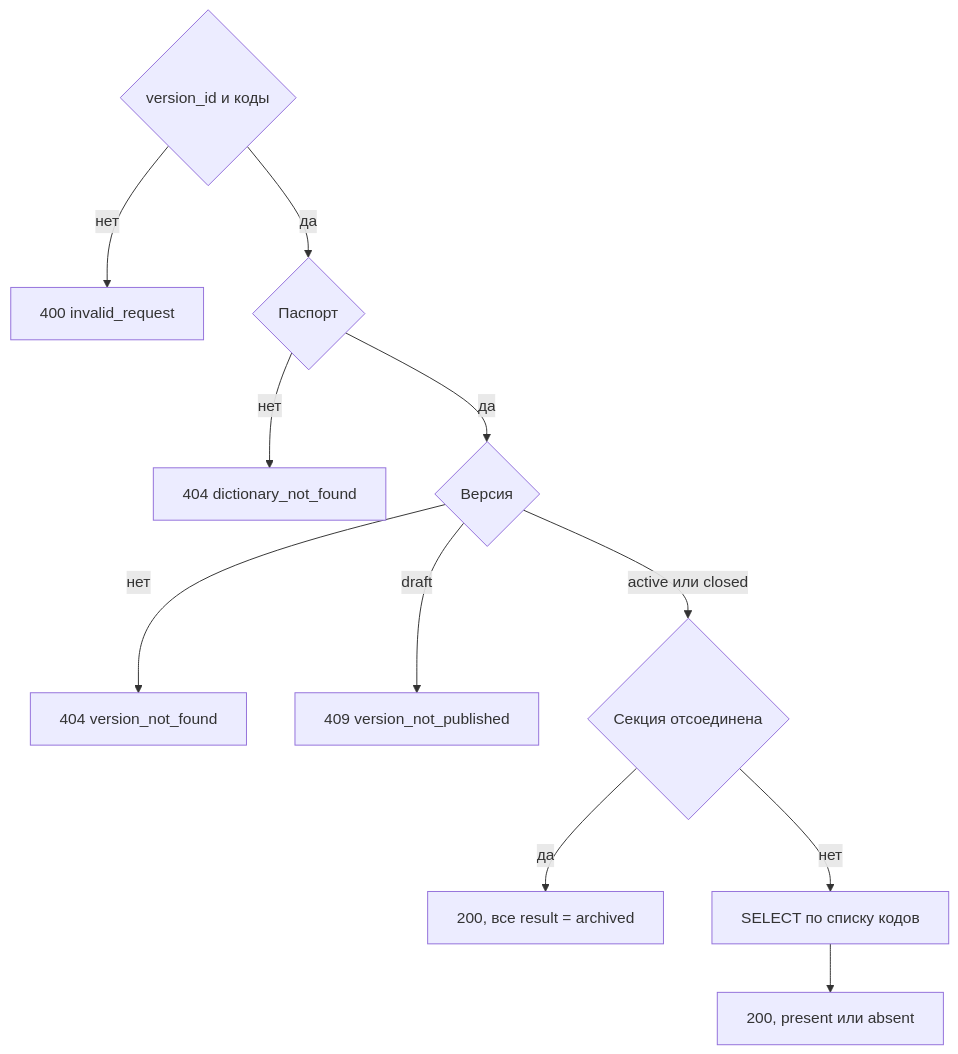
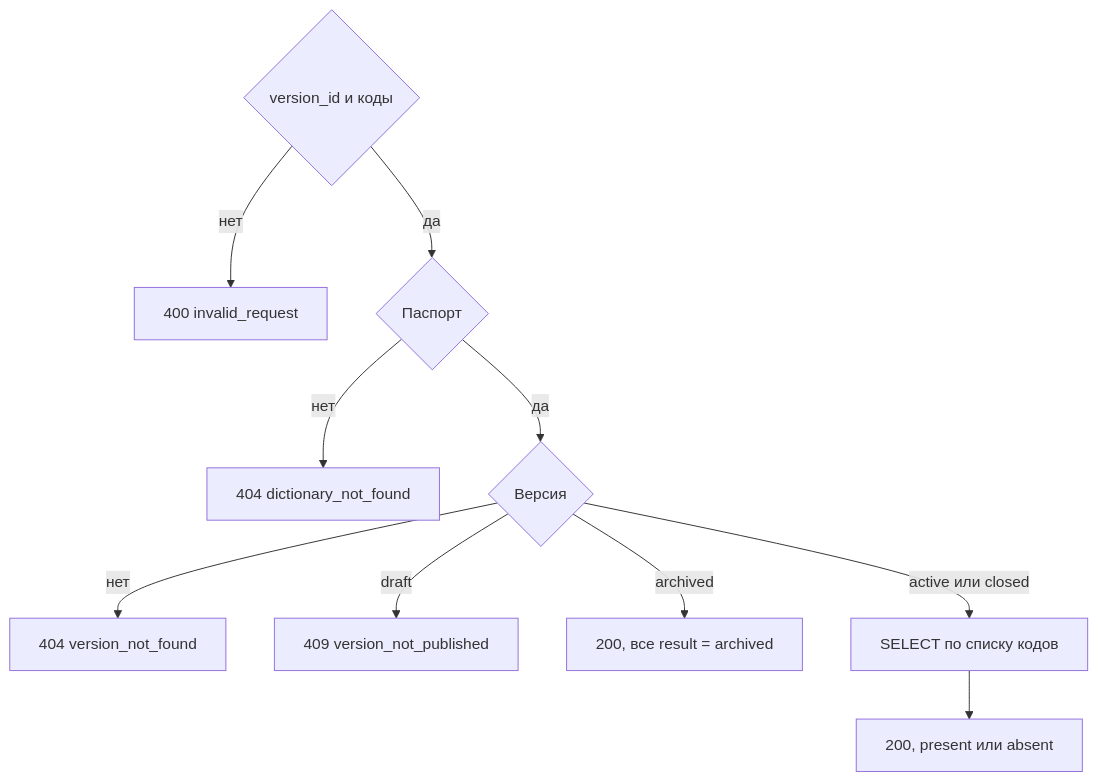
Before and after one commit to StrannikE95/reference_data: the diagram in docs/1. functional/v3/service.api/DataController/post_check.md, drawn with Mermaid. The commit also changed other lines of this file and 11 other files, not shown here.

````diff
--- a/docs/1. functional/v3/service.api/DataController/post_check.md
+++ b/docs/1. functional/v3/service.api/DataController/post_check.md
@@ -62,13 +62,12 @@
 ```mermaid
 flowchart TD
   body{"version_id и коды"} -->|нет| bad["400 invalid_request"]
   body -->|да| pas{"Паспорт"}
   pas -->|нет| d404["404 dictionary_not_found"]
   pas -->|да| ver{"Версия"}
   ver -->|нет| nf["404 version_not_found"]
   ver -->|draft| np["409 version_not_published"]
-  ver -->|active или closed| arch{"Секция отсоединена"}
-  arch -->|да| allA["200, все result = archived"]
-  arch -->|нет| q["SELECT по списку кодов"]
+  ver -->|archived| allA["200, все result = archived"]
+  ver -->|active или closed| q["SELECT по списку кодов"]
   q --> mix["200, present или absent"]
 ```
````
